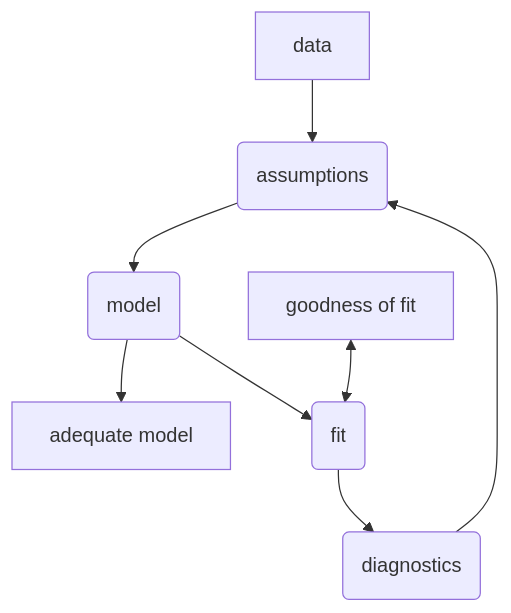
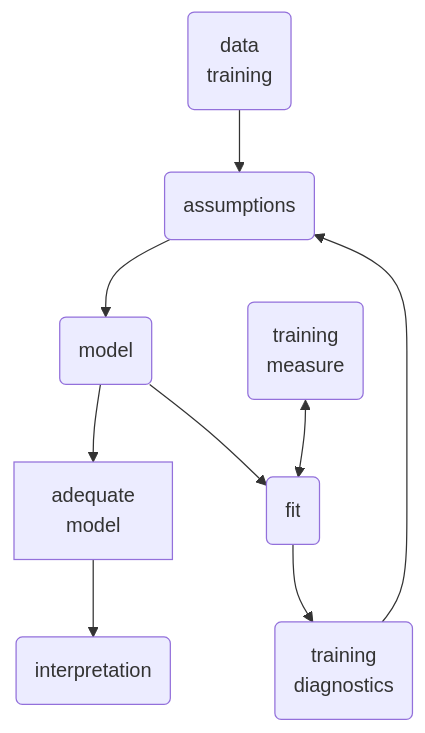
Before and after one commit to mstasinopoulos/GrossaryForDR: diagram 11 of 19 in Glossary of distributional regression.qmd, drawn with Mermaid. The commit also changed other lines of this file, not shown here.

````diff
--- a/Glossary of distributional regression.qmd
+++ b/Glossary of distributional regression.qmd
@@ -2245,13 +2358,14 @@
 ```{mermaid}
 %%| fig-width: 2
 %%| label: fig-mod_5
-%%| fig-cap: "the classical statistical modelling process introducing a loop between assumptions, model, fit and diagnostics"
+%%| fig-cap: "The classical statistical modelling process introducing a loop between assumptions, model, fit and diagnostics"
 flowchart TB
-  D[data] --> A(assumptions) 
+  D( data  <br \> training ) --> A(assumptions) 
    A --> M(model)
-   M --> Y[adequate model]
+   M --> Y[adequate <br \>  model]
    M --> W(fit)
-   G[goodness of fit] <--> W
-   W --> V(diagnostics)
+   G(training <br \>  measure) <--> W
+   W --> V(training <br \> diagnostics)
    V --> A
+   Y --> I(interpretation)
 ```
````
